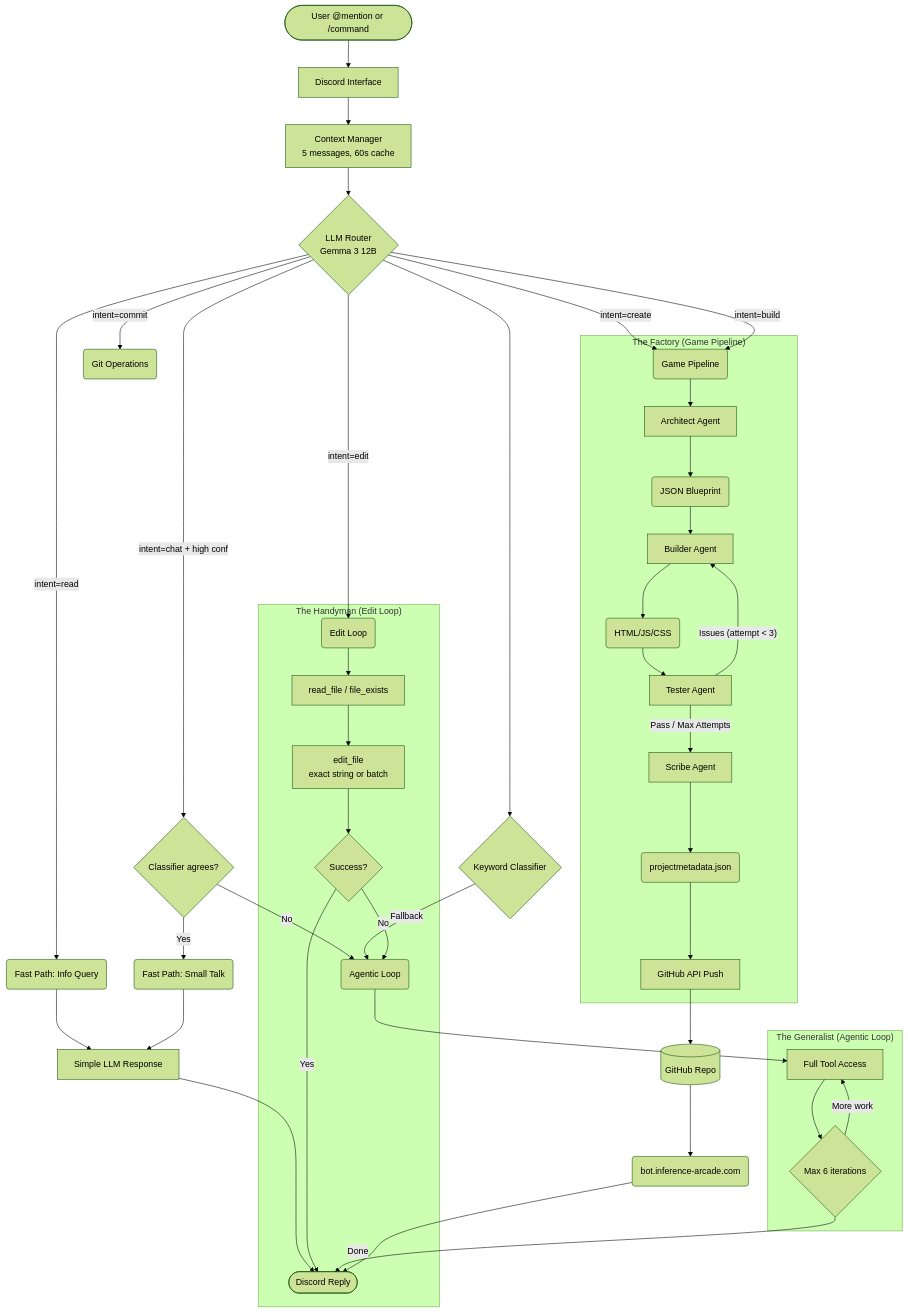
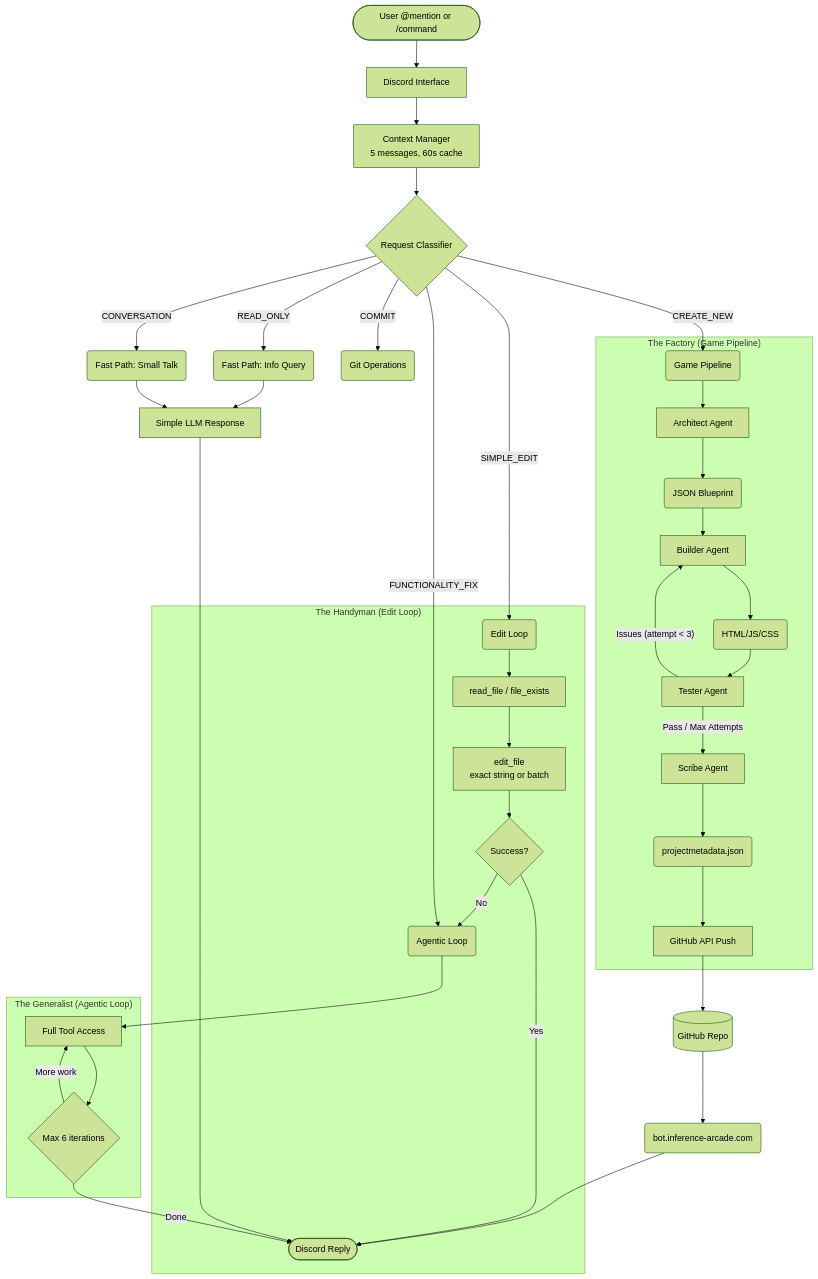
Before and after one commit to milwrite/javabot: the first of 2 diagrams in docs/BOT_OPERATION_FLOW.md, drawn with Mermaid (forest theme). The commit also changed other lines of this file and 6 other files, not shown here.

````diff
--- a/docs/BOT_OPERATION_FLOW.md
+++ b/docs/BOT_OPERATION_FLOW.md
@@ -59,61 +57,55 @@
 ```mermaid
 graph TD
     %% INPUT PHASE
     User([User @mention or /command]) --> Discord[Discord Interface]
     Discord --> Context[Context Manager<br/>5 messages, 60s cache]
-    Context --> Router{LLM Router<br/>Gemma 3 12B}
-    Router --> Classifier{Keyword Classifier}
+    Context --> Classifier{Request Classifier}
 
-    %% ROUTING DECISION (Router + Classifier must agree for fast paths)
-    Router -- "intent=chat + high conf" --> ChatCheck{Classifier agrees?}
-    ChatCheck -- "Yes" --> FastChat(Fast Path: Small Talk)
-    ChatCheck -- "No" --> AgenticLoop
-
-    Router -- "intent=create" --> Pipeline(Game Pipeline)
-    Router -- "intent=edit" --> EditLoop(Edit Loop)
-    Router -- "intent=commit" --> GitOps(Git Operations)
-    Router -- "intent=read" --> FastRead(Fast Path: Info Query)
-    Router -- "intent=build" --> Pipeline
-
-    Classifier -- "Fallback" --> AgenticLoop(Agentic Loop)
+    %% CLASSIFICATION (Keyword-based by default)
+    Classifier -- "CREATE_NEW" --> Pipeline(Game Pipeline)
+    Classifier -- "SIMPLE_EDIT" --> EditLoop(Edit Loop)
+    Classifier -- "FUNCTIONALITY_FIX" --> AgenticLoop(Agentic Loop)
+    Classifier -- "COMMIT" --> GitOps(Git Operations)
+    Classifier -- "READ_ONLY" --> FastRead(Fast Path: Info Query)
+    Classifier -- "CONVERSATION" --> FastChat(Fast Path: Small Talk)
 
     %% FAST PATHS (No tool calling)
     FastRead --> SimpleResponse[Simple LLM Response]
     FastChat --> SimpleResponse
     SimpleResponse --> Reply([Discord Reply])
 
     %% GAME PIPELINE
     subgraph "The Factory (Game Pipeline)"
         Pipeline --> Architect[Architect Agent]
         Architect --> Blueprint(JSON Blueprint)
         Blueprint --> Builder[Builder Agent]
         Builder --> Code(HTML/JS/CSS)
         Code --> Tester[Tester Agent]
         Tester -- "Issues (attempt < 3)" --> Builder
         Tester -- "Pass / Max Attempts" --> Scribe[Scribe Agent]
         Scribe --> Metadata(projectmetadata.json)
         Metadata --> GitAPI[GitHub API Push]
     end
 
     %% EDIT LOOP
     subgraph "The Handyman (Edit Loop)"
         EditLoop --> ReadFile[read_file / file_exists]
         ReadFile --> EditFile[edit_file<br/>exact string or batch]
         EditFile --> Verify{Success?}
         Verify -- Yes --> Reply
         Verify -- No --> AgenticLoop
     end
 
     %% AGENTIC LOOP
     subgraph "The Generalist (Agentic Loop)"
         AgenticLoop --> Tools[Full Tool Access]
         Tools --> Iterate{Max 6 iterations}
         Iterate -- "More work" --> Tools
         Iterate -- "Done" --> Reply
     end
 
     %% OUTPUT
     GitAPI --> GitHub[(GitHub Repo)]
     GitHub --> Live(bot.inference-arcade.com)
     Live --> Reply
 ```
````
